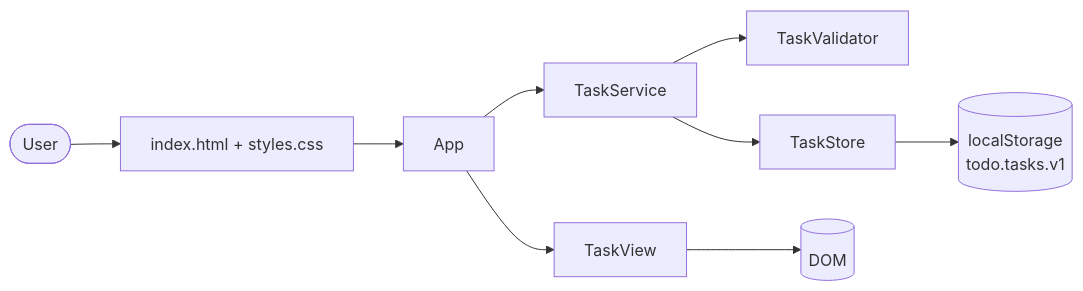
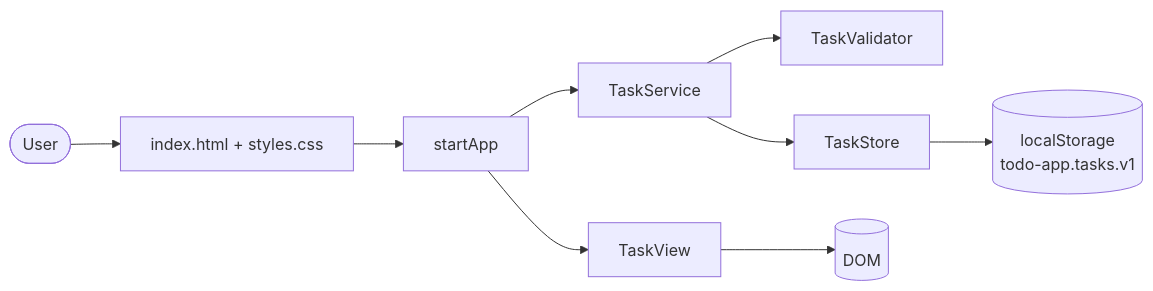
One commit to Manoj-A-Anandan/Claude-to-do-Capstone changed the first of 2 diagrams in docs/architecture.md. Above: the diagram before and after it, drawn with Mermaid. The commit also changed other lines of this file and 4 other files, not shown here.

Commit message:
docs: add design review; revise architecture to v3 and requirements to v2

````diff
--- a/docs/architecture.md
+++ b/docs/architecture.md
@@ -24,11 +30,11 @@
 ```mermaid
 flowchart LR
   U([User]) --> HTML[index.html + styles.css]
-  HTML --> APP[App]
+  HTML --> APP[startApp]
   APP --> VIEW[TaskView]
   APP --> SVC[TaskService]
   SVC --> VAL[TaskValidator]
   SVC --> STORE[TaskStore]
-  STORE --> LS[(localStorage<br/>todo.tasks.v1)]
+  STORE --> LS[(localStorage<br/>todo-app.tasks.v1)]
   VIEW --> DOM[(DOM)]
 ```
````
